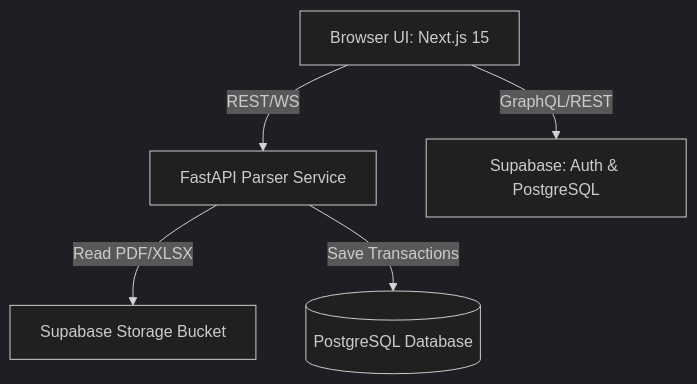
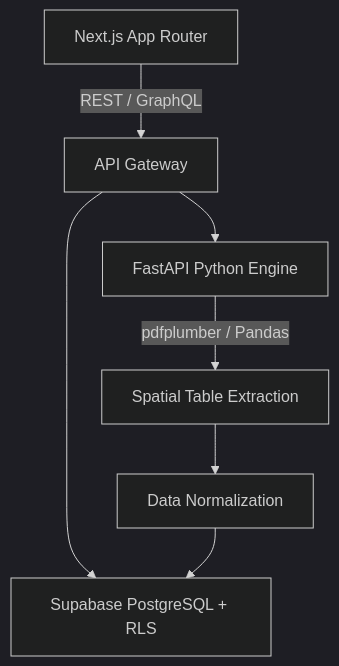
The diagram in README.md (krsna016/fintura), drawn with Mermaid (dark theme) before and after one commit. The commit also changed other lines of this file, not shown here.

````diff
--- a/README.md
+++ b/README.md
@@ -19,7 +22,9 @@
 ```mermaid
 graph TD
-    Client[Browser UI: Next.js 15] -->|REST/WS| API[FastAPI Parser Service]
-    Client -->|GraphQL/REST| Supabase[Supabase: Auth & PostgreSQL]
-    API -->|Read PDF/XLSX| Storage[Supabase Storage Bucket]
-    API -->|Save Transactions| DB[(PostgreSQL Database)]
+    Client[Next.js App Router] -->|REST / GraphQL| Gateway[API Gateway]
+    Gateway --> Supabase[Supabase PostgreSQL + RLS]
+    Gateway --> Parser[FastAPI Python Engine]
+    Parser -->|pdfplumber / Pandas| Extract[Spatial Table Extraction]
+    Extract --> Normalizer[Data Normalization]
+    Normalizer --> Supabase
 ```
````
